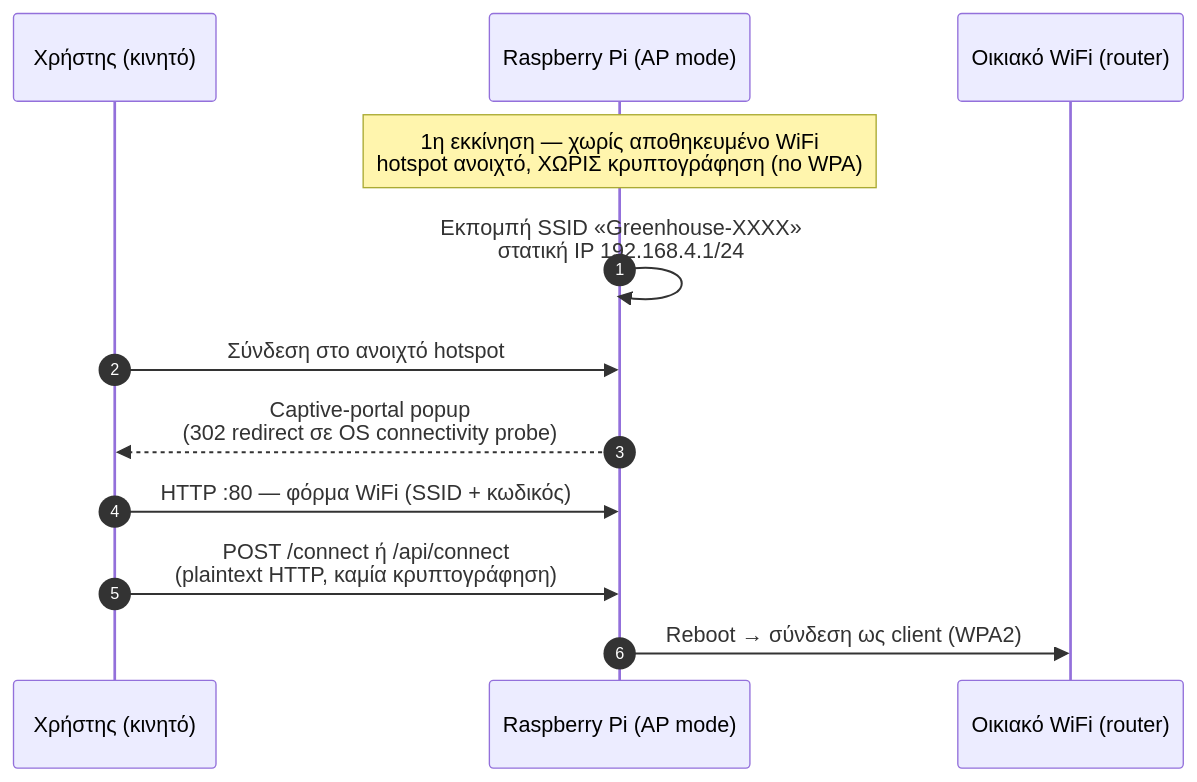
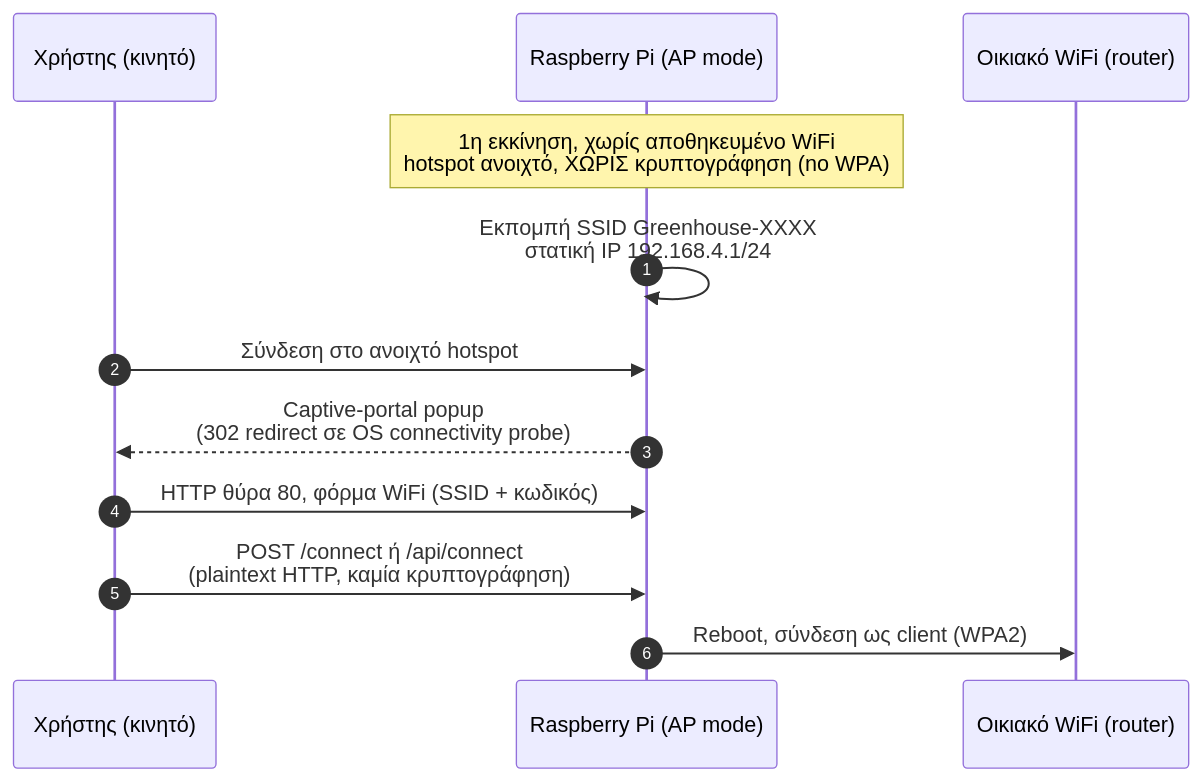
The seventh of 8 diagrams in docs/ARCHITECTURE.md (vtsitotas/GreenHouse), drawn with Mermaid before and after one commit. The commit also changed other lines of this file, not shown here.

First line of the commit message:
fix: Mermaid parse error in ARCHITECTURE.md sequence diagrams

````diff
--- a/docs/ARCHITECTURE.md
+++ b/docs/ARCHITECTURE.md
@@ -224,15 +224,15 @@
 ```mermaid
 sequenceDiagram
     autonumber
     participant U as Χρήστης (κινητό)
     participant Pi as Raspberry Pi (AP mode)
     participant W as Οικιακό WiFi (router)
 
-    Note over Pi: 1η εκκίνηση — χωρίς αποθηκευμένο WiFi<br/>hotspot ανοιχτό, ΧΩΡΙΣ κρυπτογράφηση (no WPA)
-    Pi->>Pi: Εκπομπή SSID «Greenhouse-XXXX»<br/>στατική IP 192.168.4.1/24
+    Note over Pi: 1η εκκίνηση, χωρίς αποθηκευμένο WiFi<br/>hotspot ανοιχτό, ΧΩΡΙΣ κρυπτογράφηση (no WPA)
+    Pi->>Pi: Εκπομπή SSID Greenhouse-XXXX<br/>στατική IP 192.168.4.1/24
     U->>Pi: Σύνδεση στο ανοιχτό hotspot
     Pi-->>U: Captive-portal popup<br/>(302 redirect σε OS connectivity probe)
-    U->>Pi: HTTP :80 — φόρμα WiFi (SSID + κωδικός)
+    U->>Pi: HTTP θύρα 80, φόρμα WiFi (SSID + κωδικός)
     U->>Pi: POST /connect ή /api/connect<br/>(plaintext HTTP, καμία κρυπτογράφηση)
-    Pi->>W: Reboot → σύνδεση ως client (WPA2)
+    Pi->>W: Reboot, σύνδεση ως client (WPA2)
 ```
````
